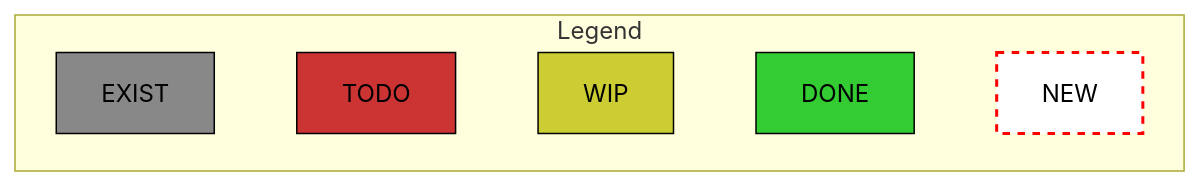
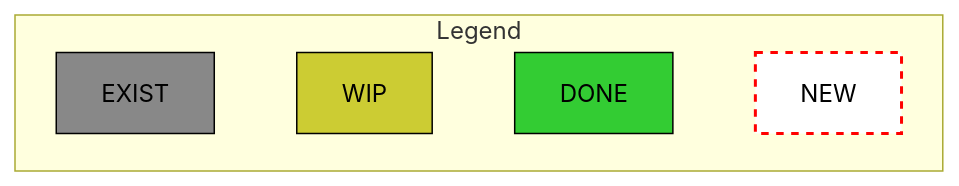
One commit to ruribe17/llama.cpp changed the second of 2 diagrams in README.md. Above: the diagram before and after it, drawn with Mermaid.

Commit message:
doc: remove TODO

````diff
--- a/README.md
+++ b/README.md
@@ -351,13 +351,12 @@
 ```mermaid
 %%{init: {"flowchart": {"htmlLabels": false, 'nodeSpacing': 30, 'rankSpacing': 30}} }%%
 flowchart LR
     classDef EXIST fill:#888,color:#000,stroke:#000
     classDef DONE fill:#3c3,color:#000,stroke:#000
     classDef WIP fill:#cc3,color:#000,stroke:#000
-    classDef TODO fill:#c33,color:#000,stroke:#000
     classDef NEW fill:#fff,color:#000,stroke:#f00,stroke-width:2,stroke-dasharray:5
     subgraph Legend
       direction LR
-      EXIST:::EXIST ~~~ TODO:::TODO ~~~ WIP:::WIP ~~~ DONE:::DONE ~~~ NEW:::NEW
+      EXIST:::EXIST ~~~ WIP:::WIP ~~~ DONE:::DONE ~~~ NEW:::NEW
     end
 ```
````
